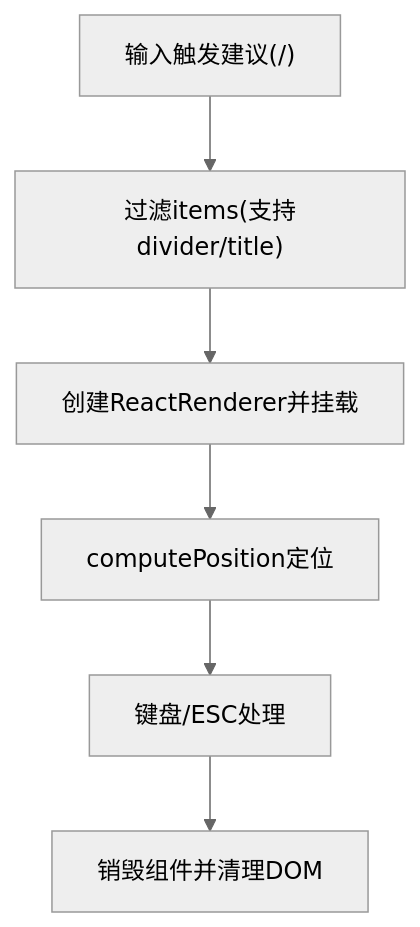
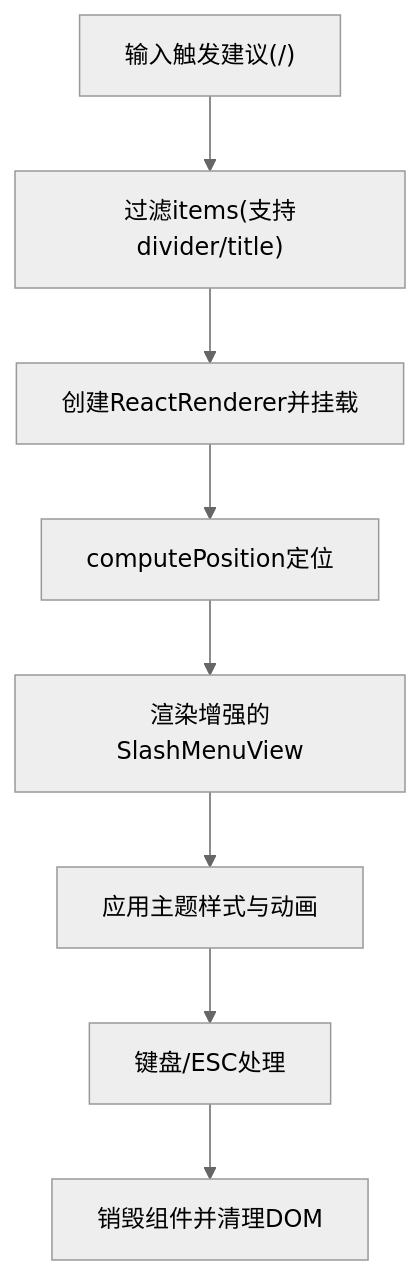
Before and after one commit to LRF0422/Kotion: the fifth of 7 diagrams in .qoder/repowiki/zh/content/架构设计/编辑器内核架构/扩展系统架构.md, drawn with Mermaid (neutral theme). The commit also changed other lines of this file and 75 other files, not shown here.

````diff
--- a/.qoder/repowiki/zh/content/架构设计/编辑器内核架构/扩展系统架构.md
+++ b/.qoder/repowiki/zh/content/架构设计/编辑器内核架构/扩展系统架构.md
@@ -238,8 +268,10 @@
 ```mermaid
 flowchart TD
 Query["输入触发建议(/)"] --> Items["过滤items(支持divider/title)"]
 Items --> Render["创建ReactRenderer并挂载"]
 Render --> Pos["computePosition定位"]
-Pos --> Interact["键盘/ESC处理"]
+Pos --> Menu["渲染增强的SlashMenuView"]
+Menu --> Style["应用主题样式与动画"]
+Style --> Interact["键盘/ESC处理"]
 Interact --> Exit["销毁组件并清理DOM"]
 ```
````
